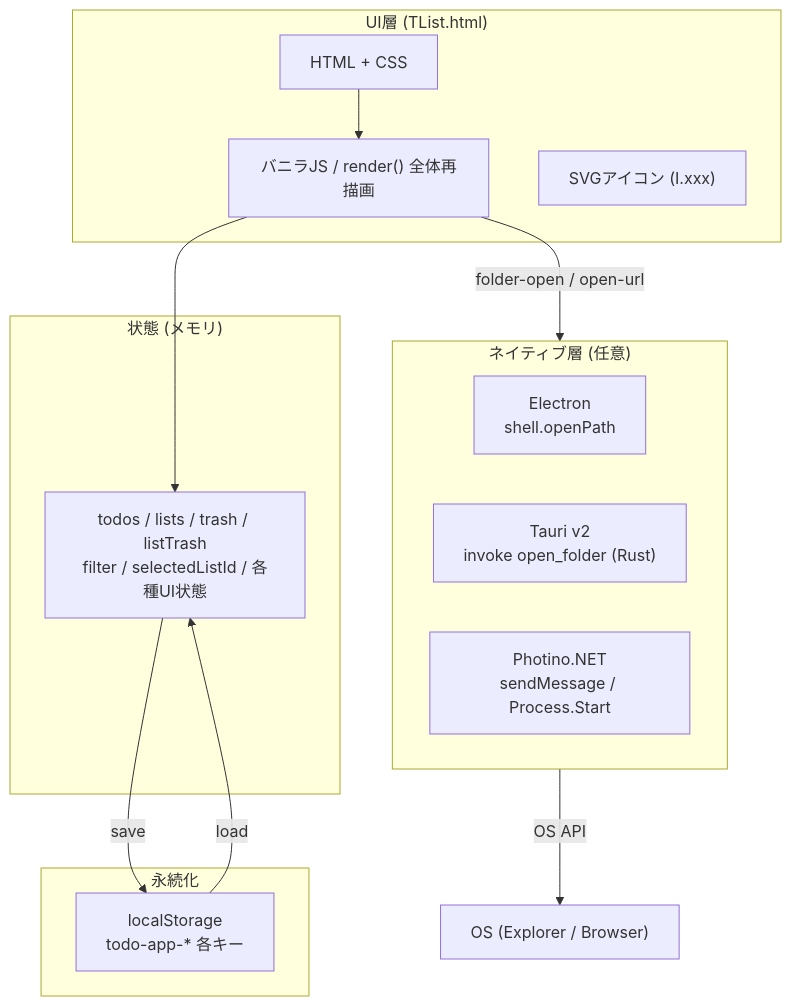
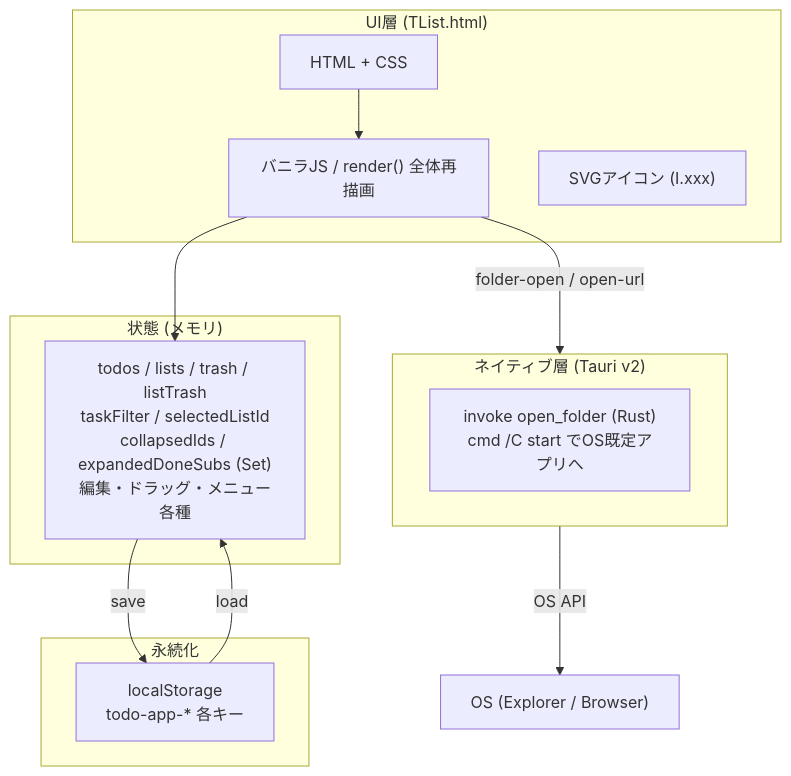
Before and after one commit to gitmatsus/task-management-app: the first of 3 diagrams in docs/01_概要/01-2_全体アーキテクチャ.md, drawn with Mermaid. The commit also changed other lines of this file and 27 other files, not shown here.

First line of the commit message:
refactor: Tauri に一本化（Electron / Photino 撤廃）+ ドキュメント最新化 (#2)

````diff
--- a/docs/01_概要/01-2_全体アーキテクチャ.md
+++ b/docs/01_概要/01-2_全体アーキテクチャ.md
@@ -5,29 +5,27 @@
 ```mermaid
 flowchart TD
   subgraph UI["UI層 (TList.html)"]
     HTML["HTML + CSS"]
     JS["バニラJS / render() 全体再描画"]
     SVG["SVGアイコン (I.xxx)"]
   end
 
   subgraph State["状態 (メモリ)"]
-    Vars["todos / lists / trash / listTrash<br/>filter / selectedListId / 各種UI状態"]
+    Vars["todos / lists / trash / listTrash<br/>taskFilter / selectedListId<br/>collapsedIds / expandedDoneSubs (Set)<br/>編集・ドラッグ・メニュー各種"]
   end
 
   subgraph Storage["永続化"]
     LS["localStorage<br/>todo-app-* 各キー"]
   end
 
-  subgraph Native["ネイティブ層 (任意)"]
-    Electron["Electron<br/>shell.openPath"]
-    Tauri["Tauri v2<br/>invoke open_folder (Rust)"]
-    Photino["Photino.NET<br/>sendMessage / Process.Start"]
+  subgraph Native["ネイティブ層 (Tauri v2)"]
+    Tauri["invoke open_folder (Rust)<br/>cmd /C start でOS既定アプリへ"]
   end
 
   HTML --> JS
   JS --> Vars
   Vars -->|save| LS
   LS -->|load| Vars
   JS -->|"folder-open / open-url"| Native
   Native -->|"OS API"| OS["OS (Explorer / Browser)"]
 ```
````
